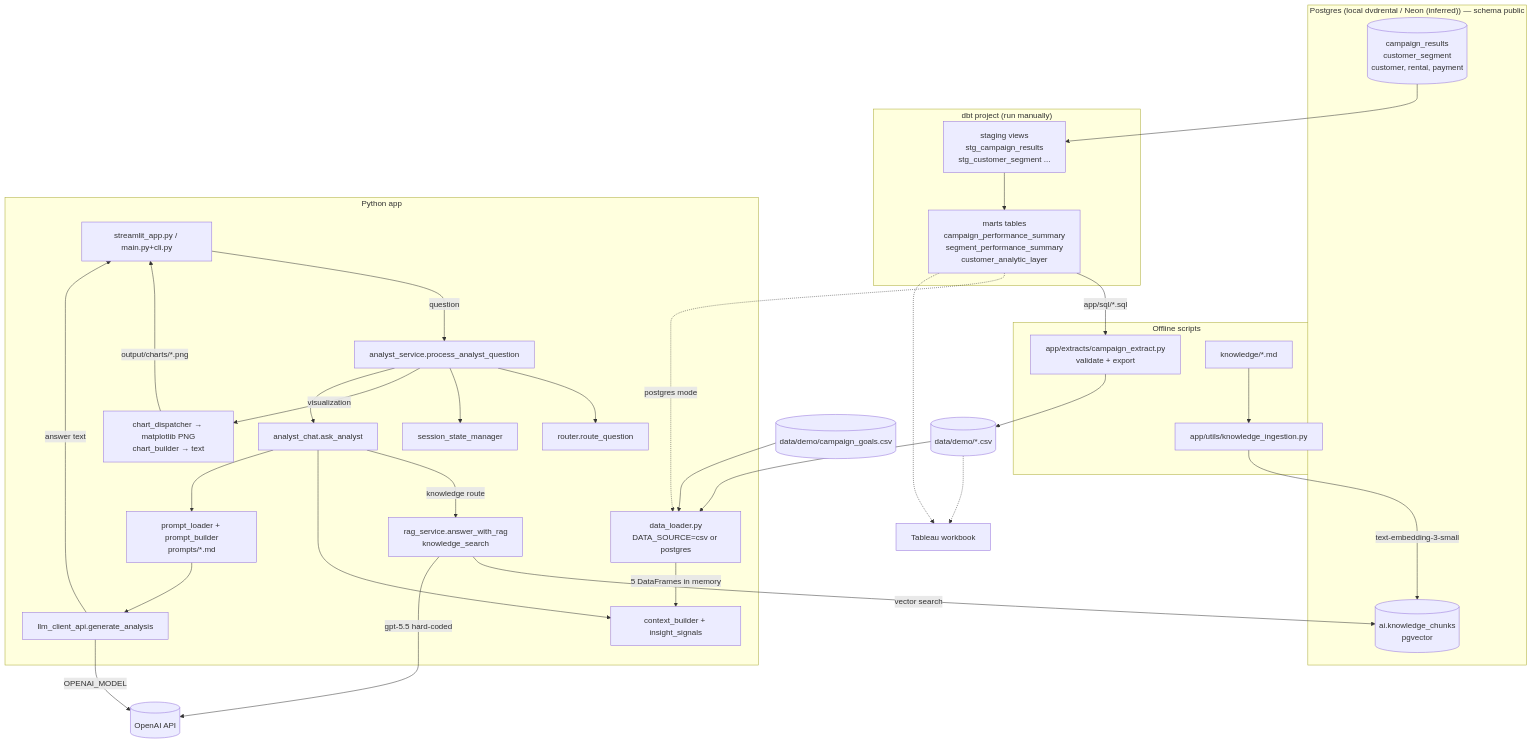
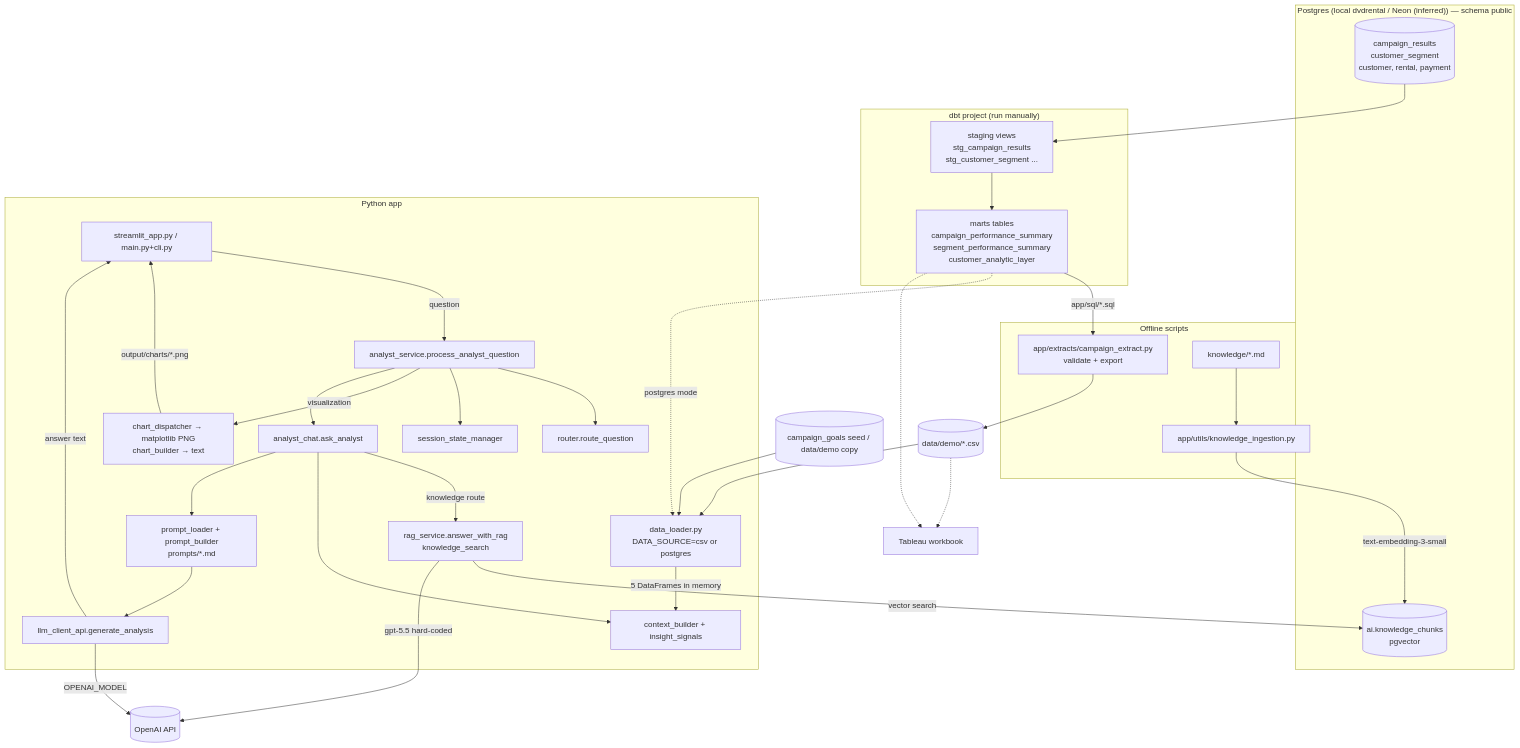
Before and after one commit to drekicks/marketing_analytics: the diagram in ARCHITECTURE.md, drawn with Mermaid. The commit also changed other lines of this file and 22 other files, not shown here.

````diff
--- a/ARCHITECTURE.md
+++ b/ARCHITECTURE.md
@@ -257,56 +259,56 @@
 ```mermaid
 flowchart TD
     subgraph Sources["Postgres (local dvdrental / Neon (inferred)) — schema public"]
         RAW[(campaign_results<br/>customer_segment<br/>customer, rental, payment)]
         KC[(ai.knowledge_chunks<br/>pgvector)]
     end
 
     subgraph DBT["dbt project (run manually)"]
         STG[staging views<br/>stg_campaign_results<br/>stg_customer_segment ...]
         MARTS[marts tables<br/>campaign_performance_summary<br/>segment_performance_summary<br/>customer_analytic_layer]
         RAW --> STG --> MARTS
     end
 
     subgraph Offline["Offline scripts"]
         EXT[app/extracts/campaign_extract.py<br/>validate + export]
         ING[app/utils/knowledge_ingestion.py]
         KMD[knowledge/*.md]
         KMD --> ING -->|text-embedding-3-small| KC
     end
 
     MARTS -->|app/sql/*.sql| EXT --> CSV[(data/demo/*.csv)]
-    GOALS[(data/demo/campaign_goals.csv)]
+    GOALS[(campaign_goals seed / data/demo copy)]
 
     subgraph App["Python app"]
         DL[data_loader.py<br/>DATA_SOURCE=csv or postgres]
         UI[streamlit_app.py / main.py+cli.py]
         SVC[analyst_service.process_analyst_question]
         RT[router.route_question]
         SSM[session_state_manager]
         CB[context_builder + insight_signals]
         AC[analyst_chat.ask_analyst]
         PB[prompt_loader + prompt_builder<br/>prompts/*.md]
         LLM[llm_client_api.generate_analysis]
         VIZ[chart_dispatcher → matplotlib PNG<br/>chart_builder → text]
         RAG[rag_service.answer_with_rag<br/>knowledge_search]
     end
 
     CSV --> DL
     MARTS -.->|postgres mode| DL
     GOALS --> DL
     DL -->|5 DataFrames in memory| CB
 
     UI -->|question| SVC --> RT
     SVC --> SSM
     SVC -->|visualization| VIZ
     SVC --> AC
     AC -->|knowledge route| RAG
     RAG -->|vector search| KC
     RAG -->|gpt-5.5 hard-coded| OAI[(OpenAI API)]
     AC --> CB
     AC --> PB --> LLM -->|OPENAI_MODEL| OAI
     VIZ -->|output/charts/*.png| UI
     LLM -->|answer text| UI
     MARTS -.-> TAB[Tableau workbook]
     CSV -.-> TAB
 ```
````
